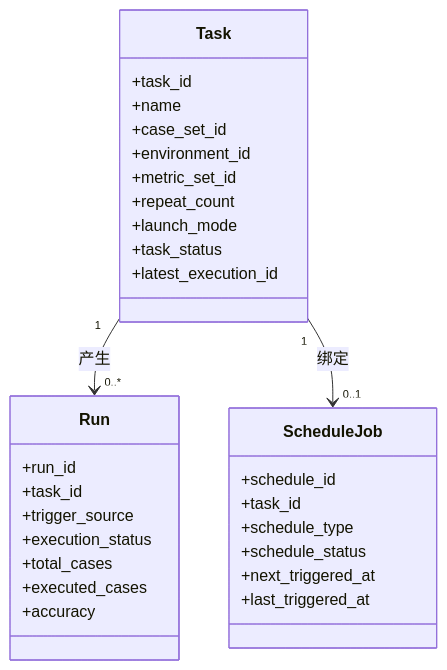
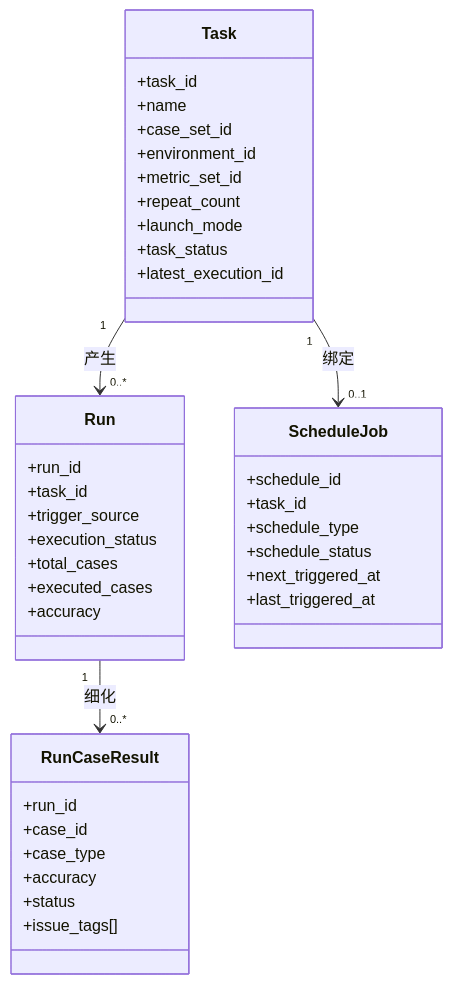
One commit to shel447/ChatBIBenchmark changed the first of 6 diagrams in docs/architecture/04-task-execution-and-scheduling.md. Above: the diagram before and after it, drawn with Mermaid. The commit also changed other lines of this file and 17 other files, not shown here.

````diff
--- a/docs/architecture/04-task-execution-and-scheduling.md
+++ b/docs/architecture/04-task-execution-and-scheduling.md
@@ -27,33 +28,42 @@
 ```mermaid
 classDiagram
     class Task {
       +task_id
       +name
       +case_set_id
       +environment_id
       +metric_set_id
       +repeat_count
       +launch_mode
       +task_status
       +latest_execution_id
     }
     class Run {
       +run_id
       +task_id
       +trigger_source
       +execution_status
       +total_cases
       +executed_cases
       +accuracy
     }
+    class RunCaseResult {
+      +run_id
+      +case_id
+      +case_type
+      +accuracy
+      +status
+      +issue_tags[]
+    }
     class ScheduleJob {
       +schedule_id
       +task_id
       +schedule_type
       +schedule_status
       +next_triggered_at
       +last_triggered_at
     }
     Task "1" --> "0..*" Run : 产生
+    Run "1" --> "0..*" RunCaseResult : 细化
     Task "1" --> "0..1" ScheduleJob : 绑定
 ```
````
